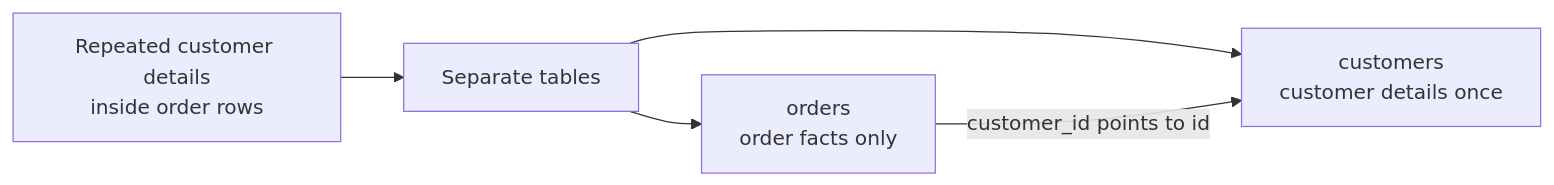
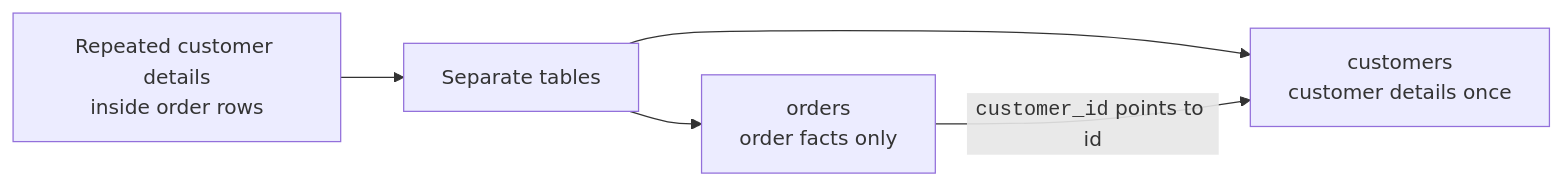
One commit to dataslope/dataslope changed the first of 11 diagrams in content/learn/sqlite-for-beginners/relationships-intro.mdx. Above: the diagram before and after it, drawn with Mermaid. The commit also changed other lines of this file and 46 other files, not shown here.

First line of the commit message:
Wrap code in mermaid edge labels + entity/table names in DB diagrams

````diff
--- a/content/learn/sqlite-for-beginners/relationships-intro.mdx
+++ b/content/learn/sqlite-for-beginners/relationships-intro.mdx
@@ -23,7 +23,7 @@
 ```mermaid
 flowchart LR
     BAD["Repeated customer details<br/>inside order rows"] --> GOOD["Separate tables"]
     GOOD --> C["customers<br/>customer details once"]
     GOOD --> O["orders<br/>order facts only"]
-    O -->|"customer_id points to id"| C
+    O -->|"<code>customer_id</code> points to id"| C
 ```
````
